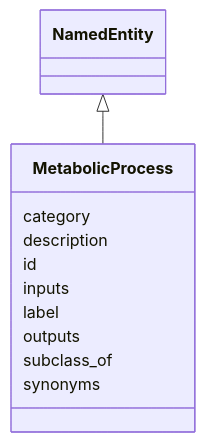
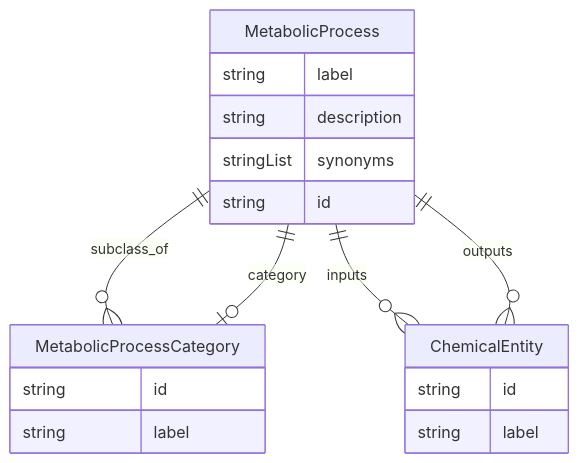
One commit to monarch-initiative/ontogpt changed the diagram in docs/metabolic_process/MetabolicProcess.md. Above: the diagram before and after it, drawn with Mermaid. The commit also changed 187 other files, not shown here.

````diff
--- a/docs/metabolic_process/MetabolicProcess.md
+++ b/docs/metabolic_process/MetabolicProcess.md
@@ -8,15 +8,23 @@
 ```mermaid
- classDiagram
-    class MetabolicProcess
-      NamedEntity <|-- MetabolicProcess
-      
-      MetabolicProcess : category
-      MetabolicProcess : description
-      MetabolicProcess : id
-      MetabolicProcess : inputs
-      MetabolicProcess : label
-      MetabolicProcess : outputs
-      MetabolicProcess : subclass_of
-      MetabolicProcess : synonyms
-      
+erDiagram
+MetabolicProcess {
+    string label  
+    string description  
+    stringList synonyms  
+    string id  
+}
+ChemicalEntity {
+    string id  
+    string label  
+}
+MetabolicProcessCategory {
+    string id  
+    string label  
+}
+
+MetabolicProcess ||--}o MetabolicProcessCategory : "subclass_of"
+MetabolicProcess ||--|o MetabolicProcessCategory : "category"
+MetabolicProcess ||--}o ChemicalEntity : "inputs"
+MetabolicProcess ||--}o ChemicalEntity : "outputs"
+
 ```
````
